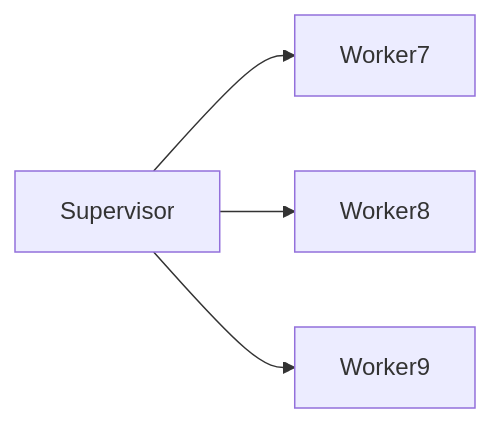
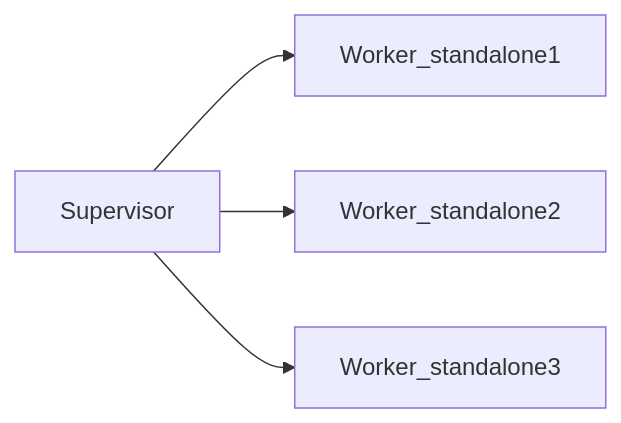
The fourth of 4 diagrams in README.md (ohhi-vn/super_worker), drawn with Mermaid before and after one commit. The commit also changed other lines of this file and 6 other files, not shown here.

````diff
--- a/README.md
+++ b/README.md
@@ -77,6 +78,6 @@
 ```mermaid
 graph LR
-    Supervisor-->Worker7
-    Supervisor-->Worker8
-    Supervisor-->Worker9
+    Supervisor-->Worker_standalone1
+    Supervisor-->Worker_standalone2
+    Supervisor-->Worker_standalone3
 ```
````
